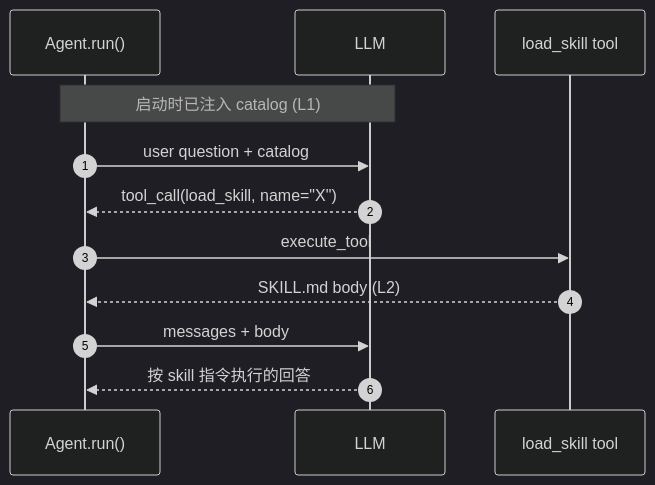
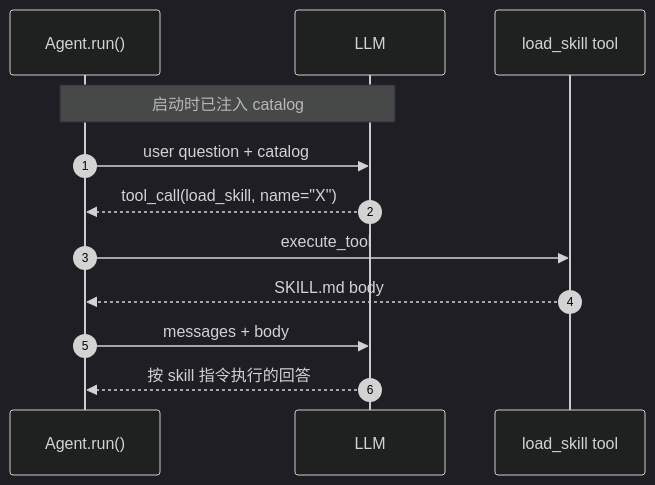
Before and after one commit to michaelwangzhenan/AgentA: diagram 15 of 28 in docs/design.md, drawn with Mermaid (dark theme). The commit also changed other lines of this file and 4 other files, not shown here.

````diff
--- a/docs/design.md
+++ b/docs/design.md
@@ -733,15 +654,15 @@
 ```mermaid
     sequenceDiagram
     autonumber
     participant A as Agent.run()
     participant L as LLM
     participant T as load_skill tool
 
-    Note over A,L: 启动时已注入 catalog (L1)
+    Note over A,L: 启动时已注入 catalog
     A->>L: user question + catalog
     L-->>A: tool_call(load_skill, name="X")
     A->>T: execute_tool
-    T-->>A: SKILL.md body (L2)
+    T-->>A: SKILL.md body
     A->>L: messages + body
     L-->>A: 按 skill 指令执行的回答
 ```
````
